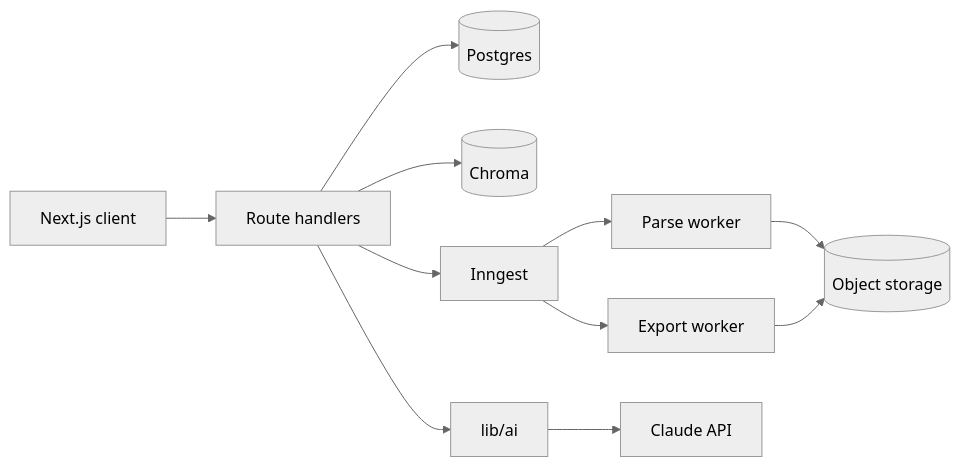
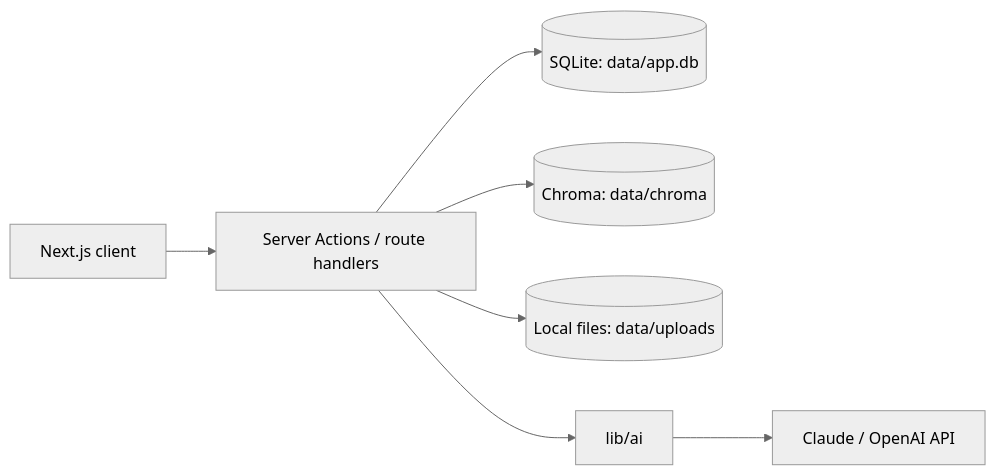
The second of 2 diagrams in docs/SPEC.md (chrischen88/jd-resume-builder), drawn with Mermaid (neutral theme) before and after one commit. The commit also changed other lines of this file and 46 other files, not shown here.

First line of the commit message:
Local library, LangChain/Chroma, skill analysis

````diff
--- a/docs/SPEC.md
+++ b/docs/SPEC.md
@@ -80,13 +82,9 @@
 ```mermaid
 flowchart LR
-  UI[Next.js client] --> API[Route handlers]
-  API --> DB[(Postgres)]
-  API --> V[(Chroma)]
+  UI[Next.js client] --> API[Server Actions / route handlers]
+  API --> DB[(SQLite: data/app.db)]
+  API --> V[(Chroma: data/chroma)]
+  API --> FS[(Local files: data/uploads)]
   API --> LLM[lib/ai]
-  API --> Q[Inngest]
-  Q --> P[Parse worker]
-  Q --> X[Export worker]
-  P --> S[(Object storage)]
-  X --> S
-  LLM --> M[Claude API]
+  LLM --> M[Claude / OpenAI API]
 ```
````
